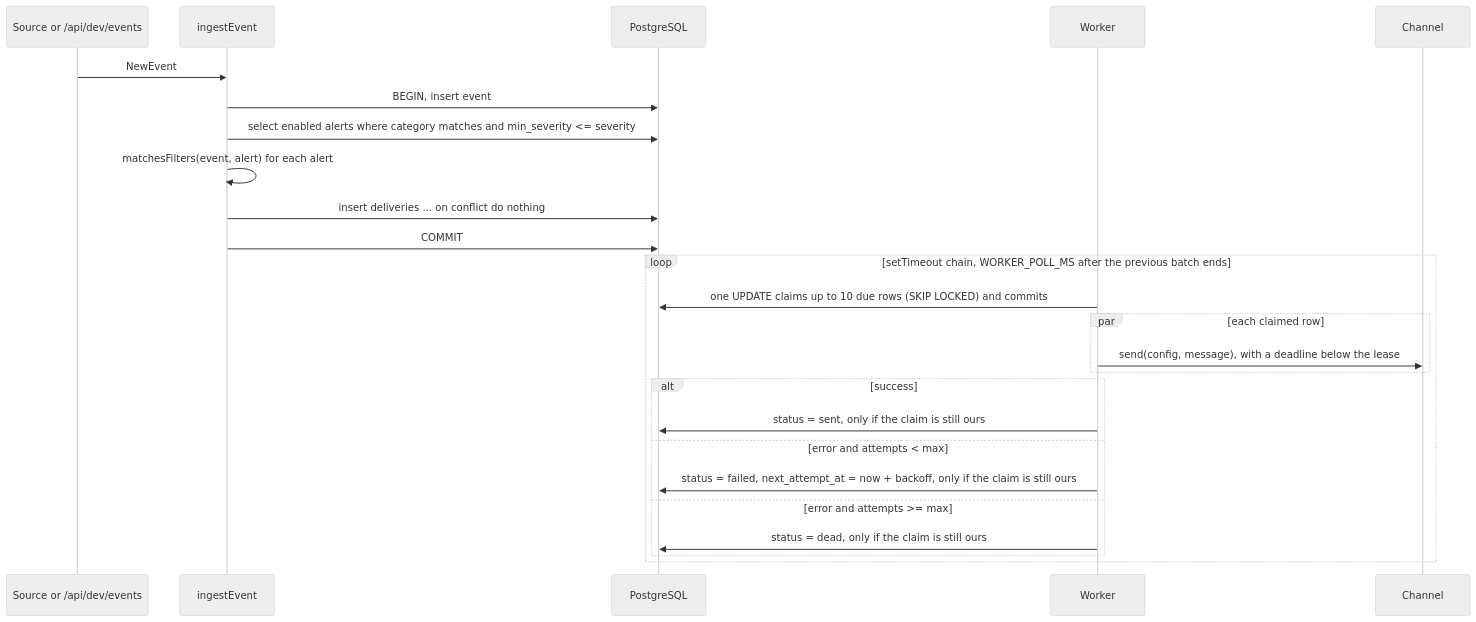
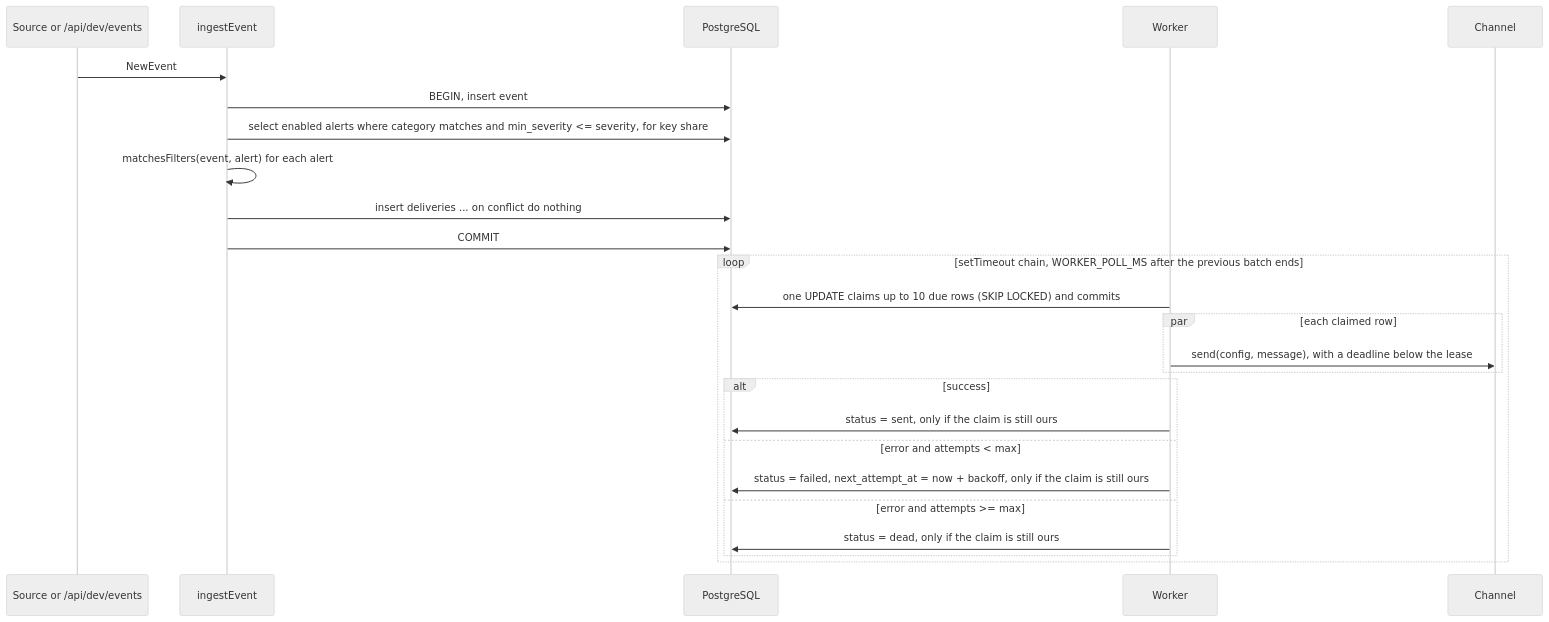
The second of 3 diagrams in docs/design.md (CuriousWizard/sonrisa-home-task), drawn with Mermaid (neutral theme) before and after one commit. The commit also changed other lines of this file and 17 other files, not shown here.

````diff
--- a/docs/design.md
+++ b/docs/design.md
@@ -37,27 +37,27 @@
 ```mermaid
 sequenceDiagram
   participant S as Source or /api/dev/events
   participant I as ingestEvent
   participant DB as PostgreSQL
   participant W as Worker
   participant C as Channel
   S->>I: NewEvent
   I->>DB: BEGIN, insert event
-  I->>DB: select enabled alerts where category matches and min_severity <= severity
+  I->>DB: select enabled alerts where category matches and min_severity <= severity, for key share
   I->>I: matchesFilters(event, alert) for each alert
   I->>DB: insert deliveries ... on conflict do nothing
   I->>DB: COMMIT
   loop setTimeout chain, WORKER_POLL_MS after the previous batch ends
     W->>DB: one UPDATE claims up to 10 due rows (SKIP LOCKED) and commits
     par each claimed row
       W->>C: send(config, message), with a deadline below the lease
     end
     alt success
       W->>DB: status = sent, only if the claim is still ours
     else error and attempts < max
       W->>DB: status = failed, next_attempt_at = now + backoff, only if the claim is still ours
     else error and attempts >= max
       W->>DB: status = dead, only if the claim is still ours
     end
   end
 ```
````
